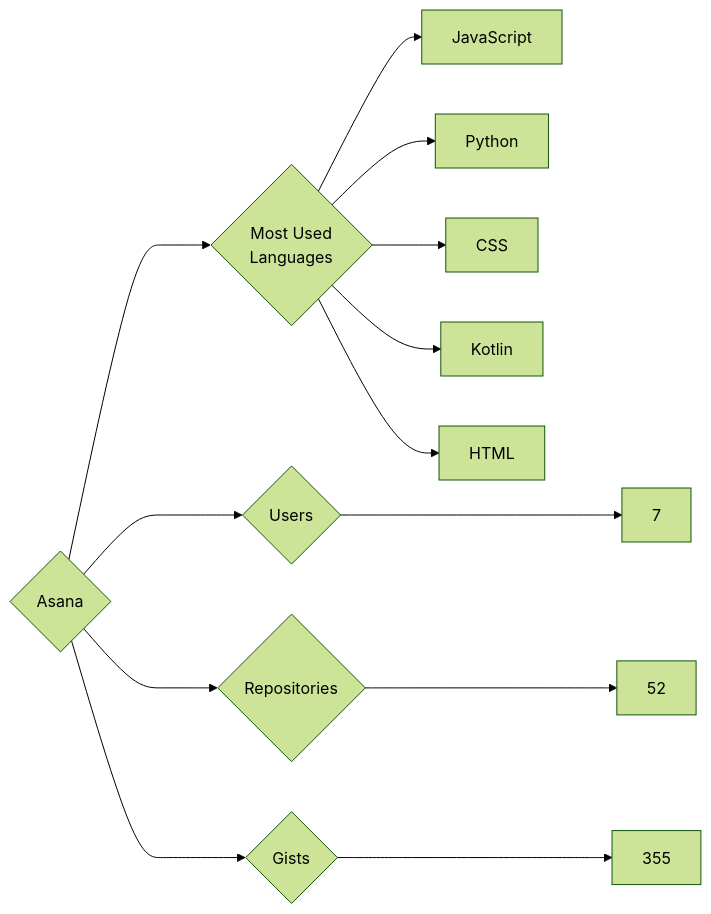
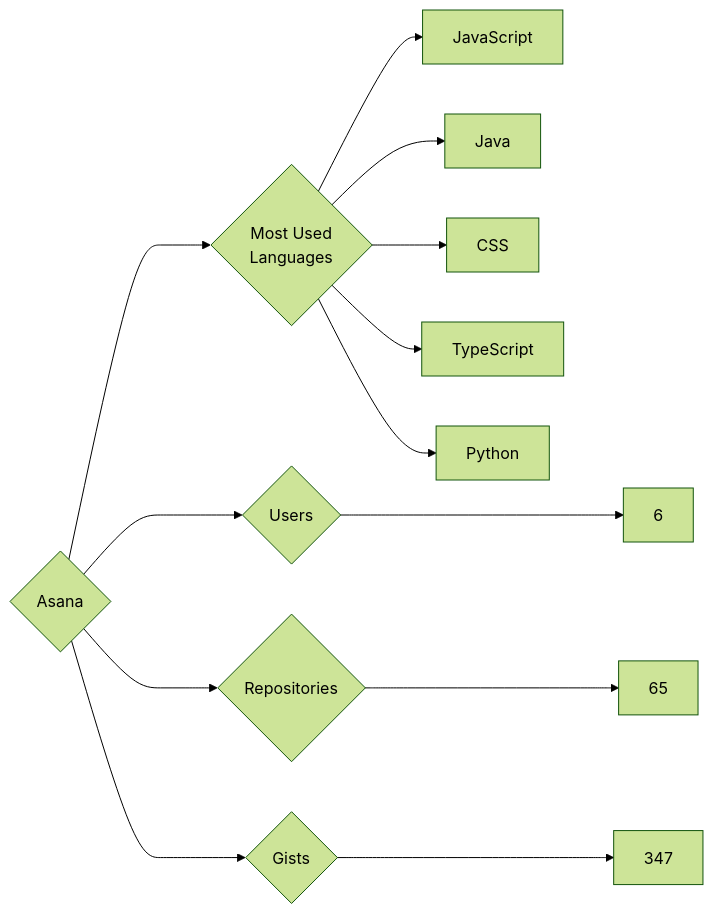
Before and after one commit to trickest/insiders: the diagram in targets/Asana/README.md, drawn with Mermaid (forest theme). The commit also changed 1003 other files, not shown here.

````diff
--- a/targets/Asana/README.md
+++ b/targets/Asana/README.md
@@ -3,13 +3,13 @@
 ```mermaid
 graph LR
 COMPANY_NAME{Asana}
-COMPANY_NAME ---> U{Users} ---> UN[7]
-COMPANY_NAME ---> R{Repositories} ---> RN[52]
-COMPANY_NAME ---> G{Gists} ---> GN[355]
+COMPANY_NAME ---> U{Users} ---> UN[6]
+COMPANY_NAME ---> R{Repositories} ---> RN[65]
+COMPANY_NAME ---> G{Gists} ---> GN[347]
 COMPANY_NAME ---> ML{Most Used<br>Languages}
 ML --> JavaScript[JavaScript]
+ML --> Java[Java]
+ML --> CSS[CSS]
+ML --> TypeScript[TypeScript]
 ML --> Python[Python]
-ML --> CSS[CSS]
-ML --> Kotlin[Kotlin]
-ML --> HTML[HTML]
 ```
````
